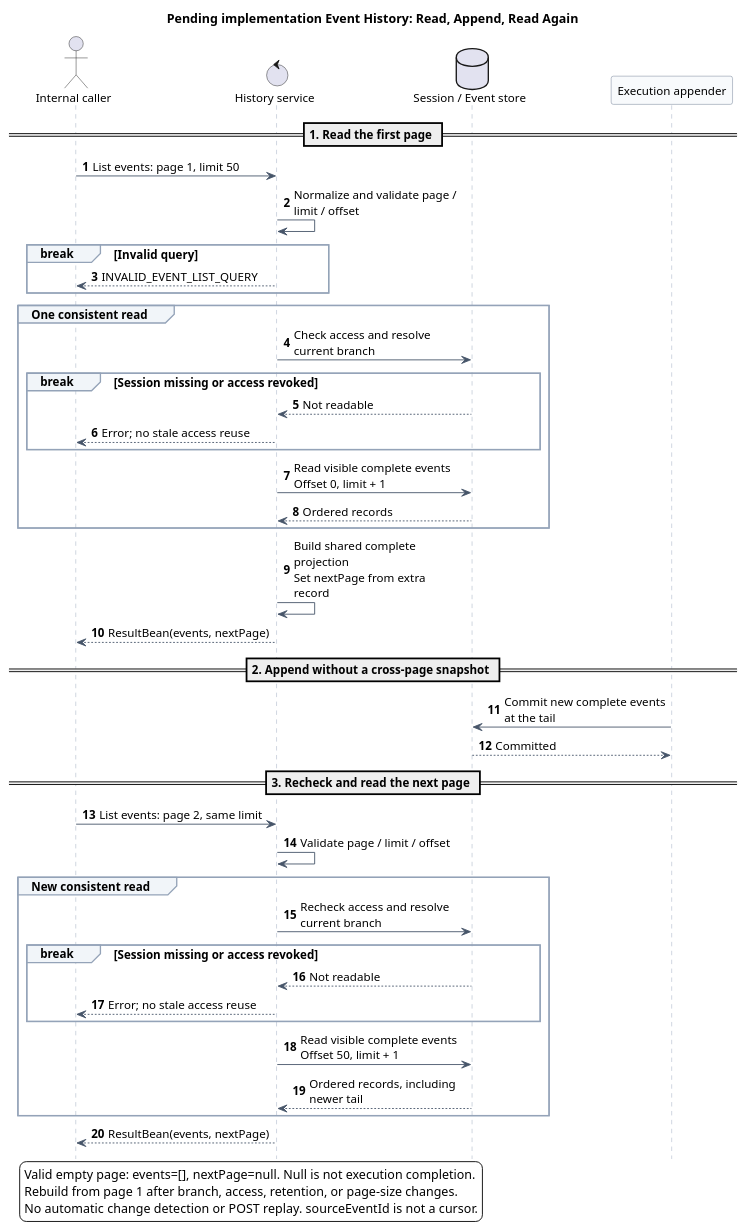
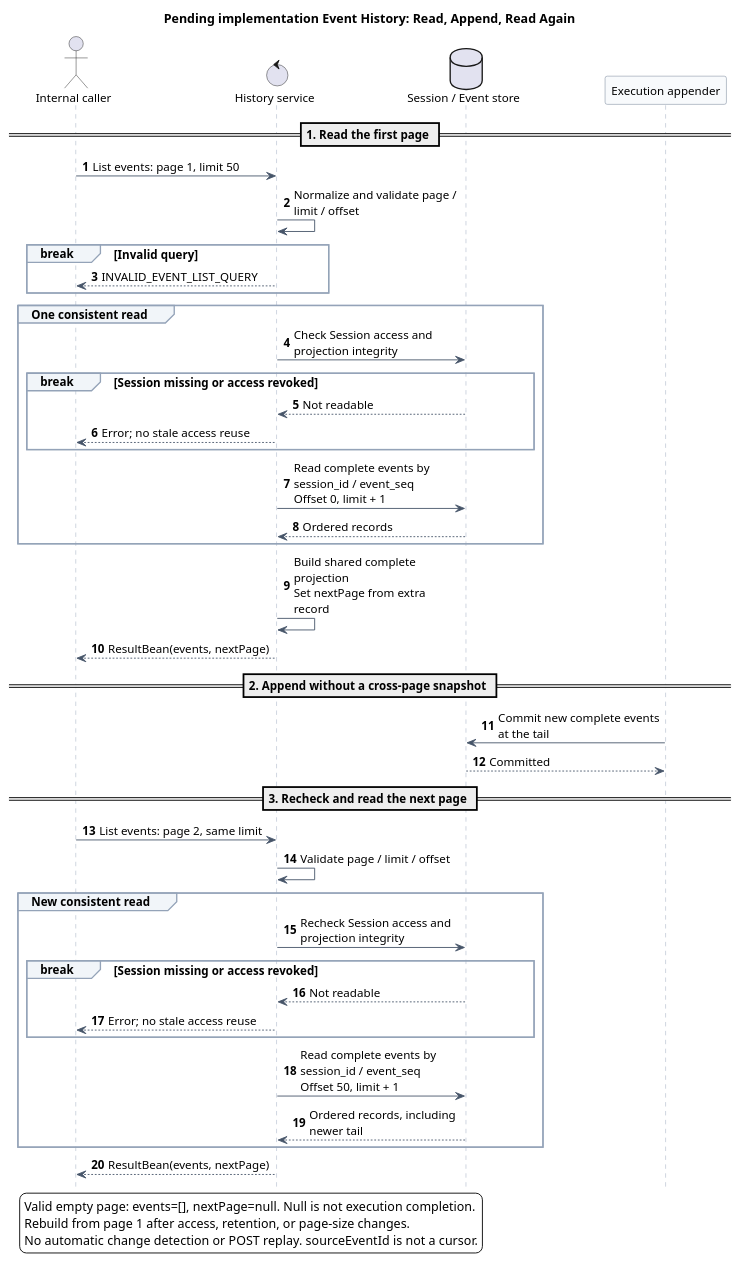
The second of 2 diagrams in 01-总体架构/01-CampusClaw多Agent运行时/设计图/事件历史查询/diagram.puml (ssm0808/pi-mono-java-design), drawn with PlantUML before and after one commit. The commit also changed other lines of this file and 26 other files, not shown here.

Commit message:
docs(session): adopt append-only history without recursive queries

```diff
--- a/01-总体架构/01-CampusClaw多Agent运行时/设计图/事件历史查询/diagram.puml
+++ b/01-总体架构/01-CampusClaw多Agent运行时/设计图/事件历史查询/diagram.puml
@@ -64,65 +70,67 @@
 @startuml target_event_history_paging
 ' Source baseline: pi-mono-java dfb90cac4e233e09a0b8f047f7e9f4682f5ad238
 ' Source: campusclaw/src/main/resources/mapper/session/RuntimeSessionMapper.xml, listCurrentBranch.
 ' Source: campusclaw/src/main/java/com/huawei/hicampus/claw/codingagent/runtimeapi/event/RuntimeEventQueryService.java, list/pageOf.
-' Observed behavior: each current query resolves active_leaf_id again.
+' Observed behavior at fb842b1: recursive mapping validation and event paging.
+' Source: modules/coding-agent-cli/src/main/resources/mapper/session/RuntimeSessionMapper.xml listCommittedEvents.
+' Pending implementation: direct Session reads without resolving active_leaf_id.
 ' Design reason: user approved ordinary pages without cross-request snapshots.
-' Pending implementation: default 50, max 200, events/nextPage and empty-page success confirmed.
+' Existing integer page shape is retained: default 50, max 200, events/nextPage.
 autonumber
 hide footbox
 skinparam backgroundColor white
 skinparam shadowing false
 skinparam defaultFontSize 13
 skinparam maxMessageSize 190
 skinparam sequence {
   ArrowColor #475569
   LifeLineBorderColor #94A3B8
   ParticipantBorderColor #64748B
   ParticipantBackgroundColor #F8FAFC
   GroupBorderColor #94A3B8
   GroupBackgroundColor #F1F5F9
 }
 title Pending implementation Event History: Read, Append, Read Again
 actor "Internal caller" as C
 control "History service" as Q
 database "Session / Event store" as D
 participant "Execution appender" as A
 == 1. Read the first page ==
 C -> Q : List events: page 1, limit 50
 Q -> Q : Normalize and validate page / limit / offset
 break Invalid query
   Q --> C : INVALID_EVENT_LIST_QUERY
 end
 group One consistent read
-  Q -> D : Check access and resolve current branch
+  Q -> D : Check Session access and projection integrity
   break Session missing or access revoked
     D --> Q : Not readable
     Q --> C : Error; no stale access reuse
   end
-  Q -> D : Read visible complete events\nOffset 0, limit + 1
+  Q -> D : Read complete events by session_id / event_seq\nOffset 0, limit + 1
   D --> Q : Ordered records
 end
 Q -> Q : Build shared complete projection\nSet nextPage from extra record
 Q --> C : ResultBean(events, nextPage)
 == 2. Append without a cross-page snapshot ==
 A -> D : Commit new complete events at the tail
 D --> A : Committed
 == 3. Recheck and read the next page ==
 C -> Q : List events: page 2, same limit
 Q -> Q : Validate page / limit / offset
 group New consistent read
-  Q -> D : Recheck access and resolve current branch
+  Q -> D : Recheck Session access and projection integrity
   break Session missing or access revoked
     D --> Q : Not readable
     Q --> C : Error; no stale access reuse
   end
-  Q -> D : Read visible complete events\nOffset 50, limit + 1
+  Q -> D : Read complete events by session_id / event_seq\nOffset 50, limit + 1
   D --> Q : Ordered records, including newer tail
 end
 Q --> C : ResultBean(events, nextPage)
 legend bottom left
 Valid empty page: events=[], nextPage=null. Null is not execution completion.
-Rebuild from page 1 after branch, access, retention, or page-size changes.
+Rebuild from page 1 after access, retention, or page-size changes.
 No automatic change detection or POST replay. sourceEventId is not a cursor.
 endlegend
 @enduml
```
